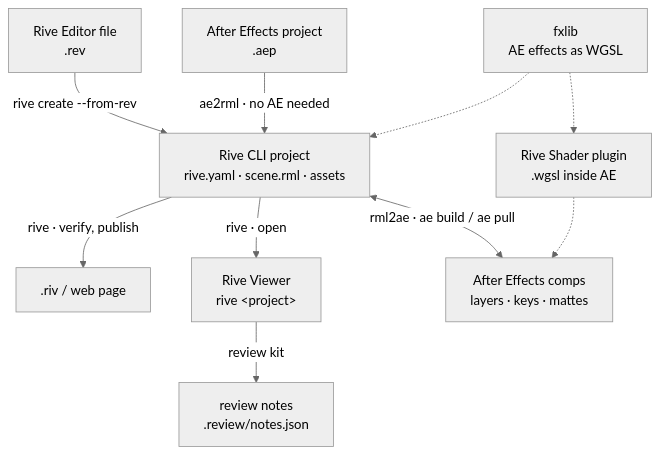
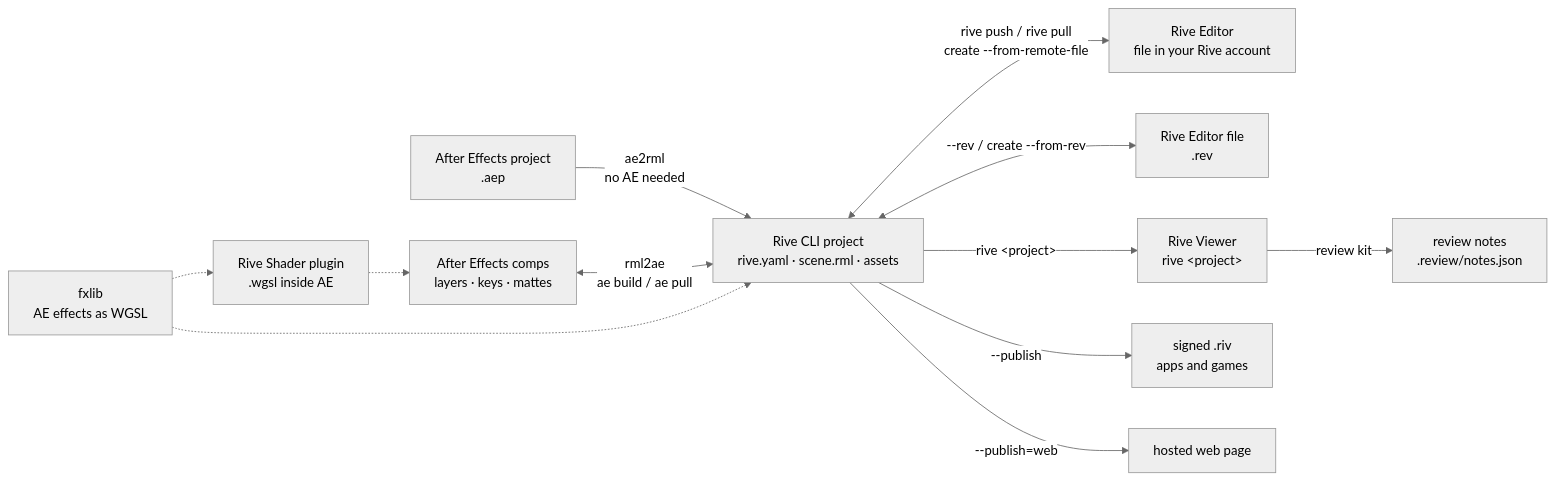
One commit to mysteropodes/ae-rml-rive-cli changed the diagram in README.md. Above: the diagram before and after it, drawn with Mermaid (neutral theme). The commit also changed other lines of this file and 2 other files, not shown here.

Commit message:
README: every path between After Effects, the Rive CLI project and the Rive Editor
The diagram adds rive push / rive pull and rive create
--from-remote-file (Rive Editor file in your account), --rev / rive
create --from-rev (.rev), --publish (signed .riv) and --publish=web,
laid out in three columns with no overlapping label (mermaid-cli,
checked). The rive-verify CI job prints rive --help so the command
names can be checked against the real CLI.

Claude-Session: https://claude.ai/code/session_01QS2w4aEKaSMTn9N36Fck85

````diff
--- a/README.md
+++ b/README.md
@@ -19,22 +21,26 @@
 ```mermaid
-flowchart TB
-  REV["Rive Editor file<br/>.rev"]
+flowchart LR
   AEP["After Effects project<br/>.aep"]
+  COMPS["After Effects comps<br/>layers · keys · mattes"]
+  SH["Rive Shader plugin<br/>.wgsl inside AE"]
   FX["fxlib<br/>AE effects as WGSL"]
   RML["Rive CLI project<br/>rive.yaml · scene.rml · assets"]
-  RIV[".riv / web page"]
+  EDITOR["Rive Editor<br/>file in your Rive account"]
+  REV["Rive Editor file<br/>.rev"]
   VIEW["Rive Viewer<br/>rive &lt;project&gt;"]
   NOTES["review notes<br/>.review/notes.json"]
-  COMPS["After Effects comps<br/>layers · keys · mattes"]
-  SH["Rive Shader plugin<br/>.wgsl inside AE"]
+  RIV["signed .riv<br/>apps and games"]
+  WEB["hosted web page"]
 
-  REV -->|"rive create --from-rev"| RML
-  AEP -->|"ae2rml · no AE needed"| RML
+  AEP -->|"ae2rml<br/>no AE needed"| RML
+  COMPS <-->|"rml2ae<br/>ae build / ae pull"| RML
   FX -.-> RML
-  RML -->|"rive · verify, publish"| RIV
-  RML -->|"rive · open"| VIEW
-  VIEW -->|"review kit"| NOTES
-  RML <-->|"rml2ae · ae build / ae pull"| COMPS
   FX -.-> SH
   SH -.-> COMPS
+  RML <-->|"rive push / rive pull<br/>create --from-remote-file"| EDITOR
+  RML <-->|"--rev / create --from-rev"| REV
+  RML -->|"rive &lt;project&gt;"| VIEW
+  VIEW -->|"review kit"| NOTES
+  RML -->|"--publish"| RIV
+  RML -->|"--publish=web"| WEB
 ```
````
